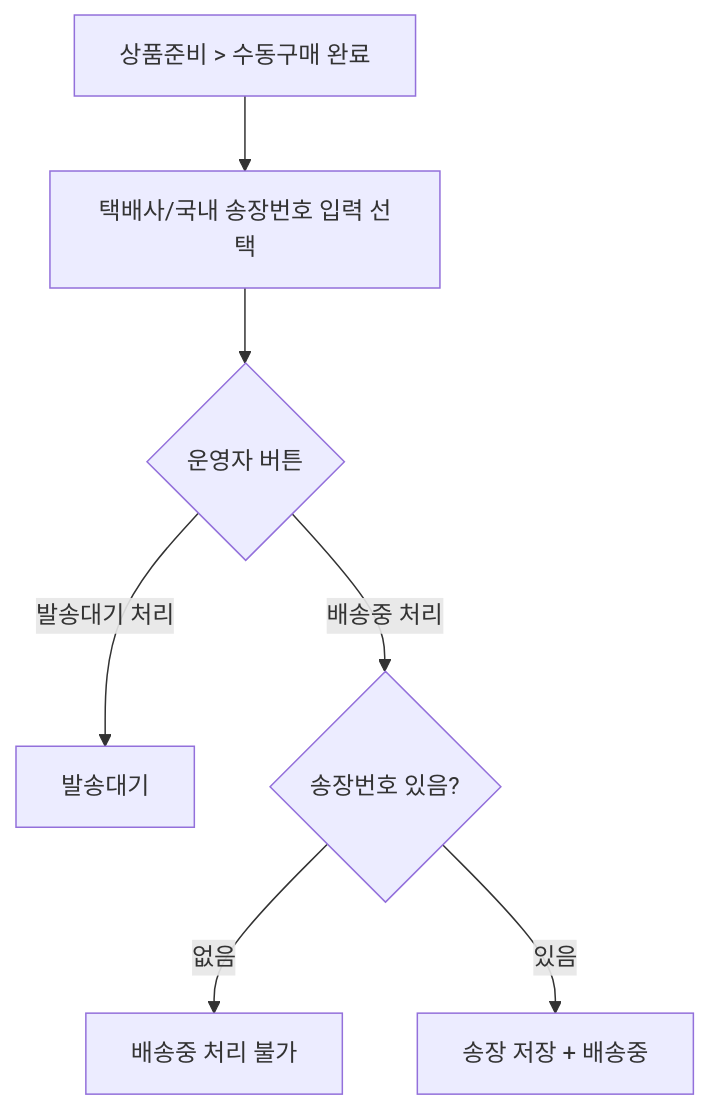
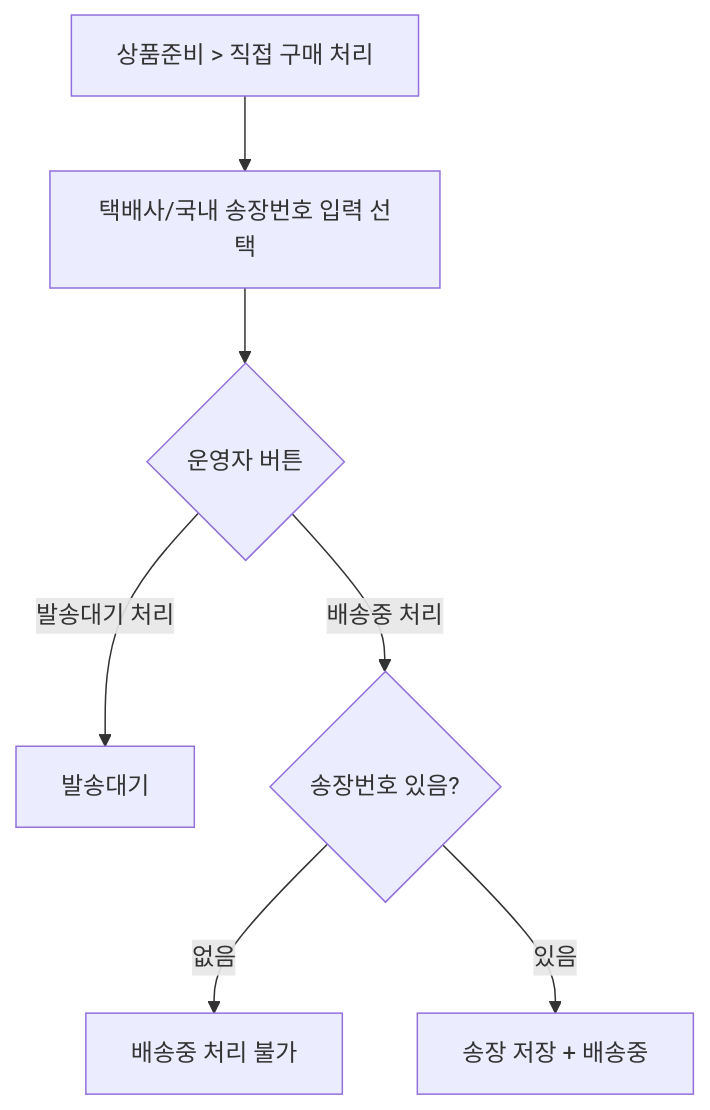
One commit to moonceo/Jmpp changed the fourth of 5 diagrams in docs/08_유저플로우/01_주문처리_유저플로우.md. Above: the diagram before and after it, drawn with Mermaid. The commit also changed other lines of this file and 37 other files, not shown here.

````diff
--- a/docs/08_유저플로우/01_주문처리_유저플로우.md
+++ b/docs/08_유저플로우/01_주문처리_유저플로우.md
@@ -82,9 +82,9 @@
 ```mermaid
 flowchart TD
-    A["상품준비 > 수동구매 완료"] --> B["택배사/국내 송장번호 입력 선택"]
+    A["상품준비 > 직접 구매 처리"] --> B["택배사/국내 송장번호 입력 선택"]
     B --> C{"운영자 버튼"}
     C -->|"발송대기 처리"| D["발송대기"]
     C -->|"배송중 처리"| E{"송장번호 있음?"}
     E -->|"없음"| F["배송중 처리 불가"]
     E -->|"있음"| G["송장 저장 + 배송중"]
 ```
````
